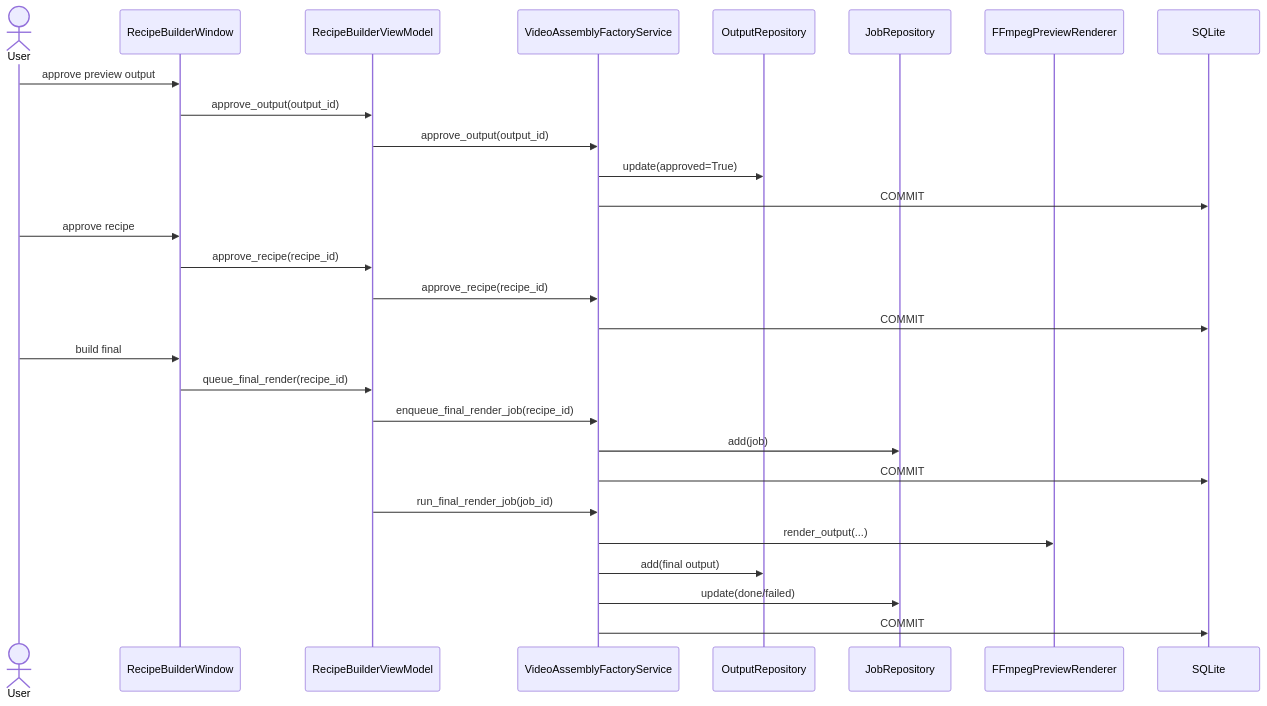
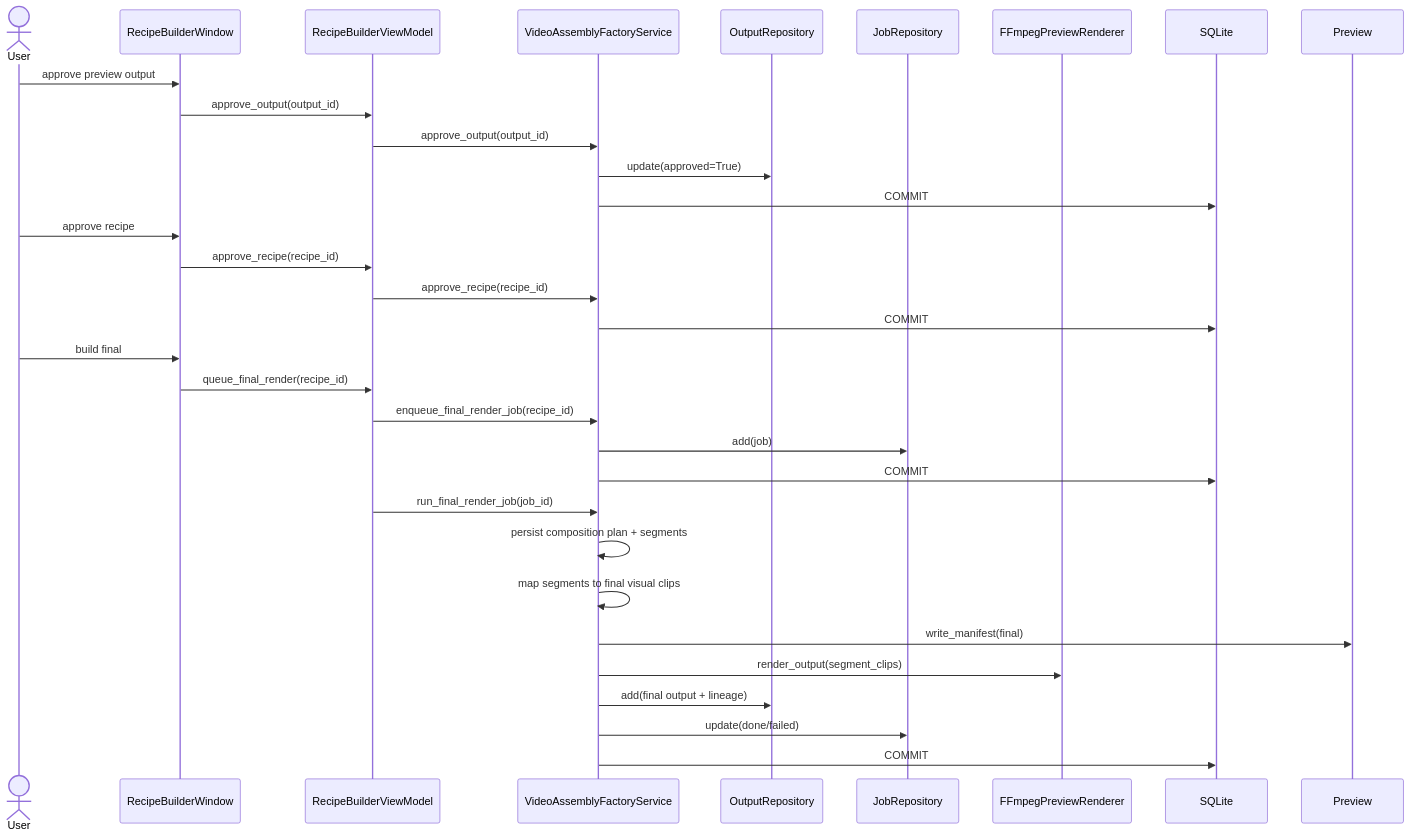
Before and after one commit to idev006/MTClipFactory: the fifth of 13 diagrams in doc/10_UML_System_Overview.md, drawn with Mermaid. The commit also changed 14 other files, not shown here.

Commit message:
Add final render composition parity

````diff
--- a/doc/10_UML_System_Overview.md
+++ b/doc/10_UML_System_Overview.md
@@ -313,31 +313,34 @@
 ```mermaid
 sequenceDiagram
     actor User
     participant View as RecipeBuilderWindow
     participant VM as RecipeBuilderViewModel
     participant Factory as VideoAssemblyFactoryService
     participant Out as OutputRepository
     participant JobRepo as JobRepository
     participant Render as FFmpegPreviewRenderer
     participant DB as SQLite
 
     User->>View: approve preview output
     View->>VM: approve_output(output_id)
     VM->>Factory: approve_output(output_id)
     Factory->>Out: update(approved=True)
     Factory->>DB: COMMIT
     User->>View: approve recipe
     View->>VM: approve_recipe(recipe_id)
     VM->>Factory: approve_recipe(recipe_id)
     Factory->>DB: COMMIT
     User->>View: build final
     View->>VM: queue_final_render(recipe_id)
     VM->>Factory: enqueue_final_render_job(recipe_id)
     Factory->>JobRepo: add(job)
     Factory->>DB: COMMIT
     VM->>Factory: run_final_render_job(job_id)
-    Factory->>Render: render_output(...)
-    Factory->>Out: add(final output)
+    Factory->>Factory: persist composition plan + segments
+    Factory->>Factory: map segments to final visual clips
+    Factory->>Preview: write_manifest(final)
+    Factory->>Render: render_output(segment_clips)
+    Factory->>Out: add(final output + lineage)
     Factory->>JobRepo: update(done/failed)
     Factory->>DB: COMMIT
 ```
````
